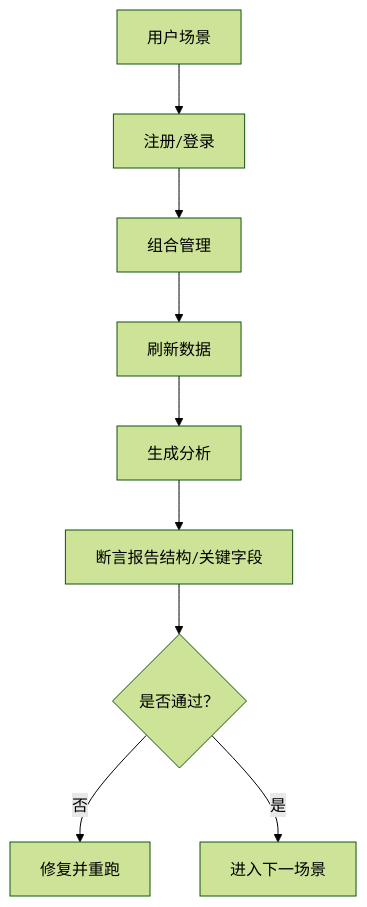
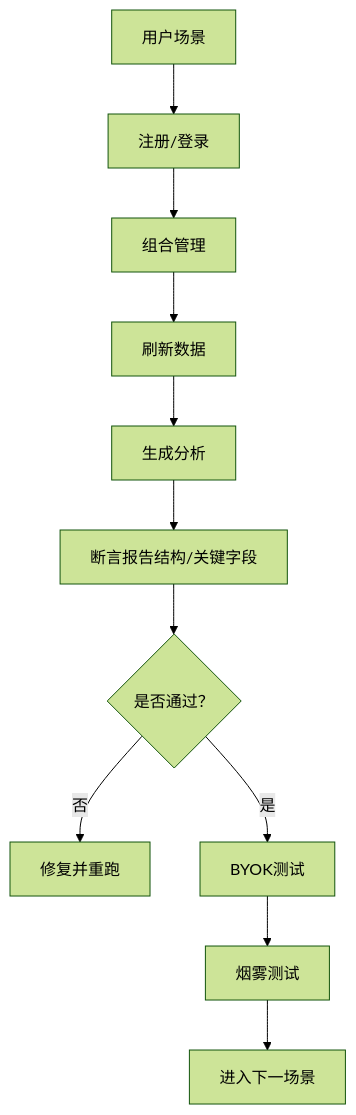
One commit to breeze-lyf/ai-stock-advisor changed the fifth of 8 diagrams in .qoder/repowiki/zh/content/测试策略/测试策略.md. Above: the diagram before and after it, drawn with Mermaid (forest theme). The commit also changed other lines of this file and 43 other files, not shown here.

````diff
--- a/.qoder/repowiki/zh/content/测试策略/测试策略.md
+++ b/.qoder/repowiki/zh/content/测试策略/测试策略.md
@@ -200,11 +223,13 @@
 ```mermaid
 flowchart TD
 U["用户场景"] --> Reg["注册/登录"]
 Reg --> Port["组合管理"]
 Port --> Refresh["刷新数据"]
 Refresh --> Analyze["生成分析"]
 Analyze --> Report["断言报告结构/关键字段"]
 Report --> Loop{"是否通过？"}
 Loop --> |否| Fix["修复并重跑"]
-Loop --> |是| Done["进入下一场景"]
+Loop --> |是| BYOK["BYOK测试"]
+BYOK --> Smoke["烟雾测试"]
+Smoke --> Done["进入下一场景"]
 ```
````
